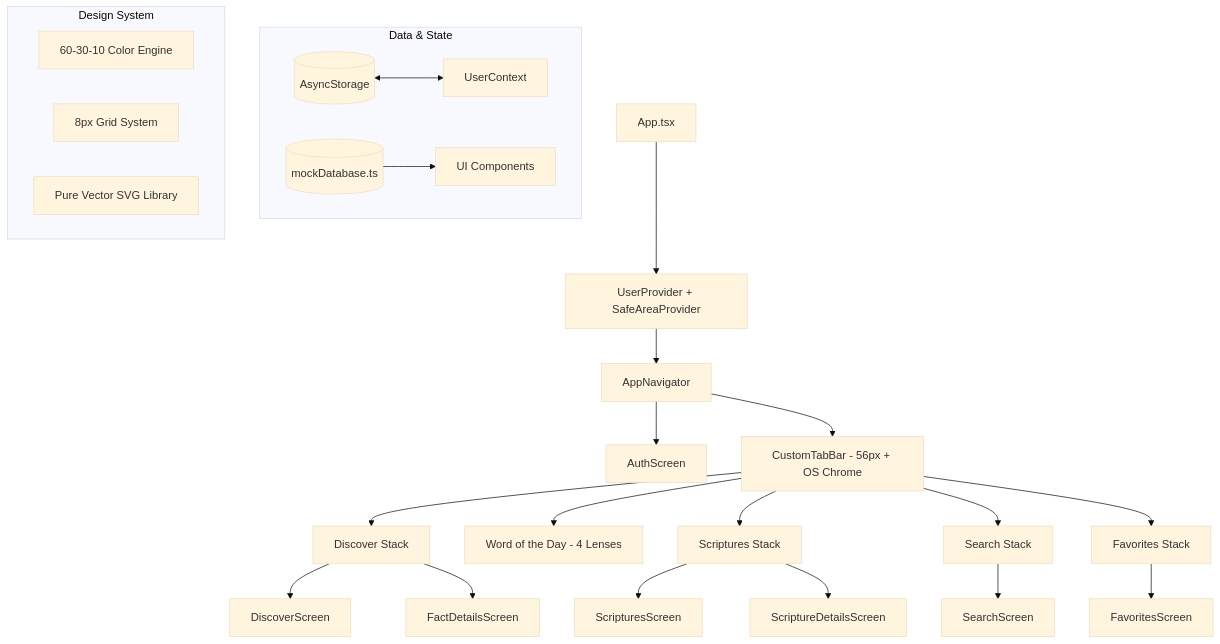
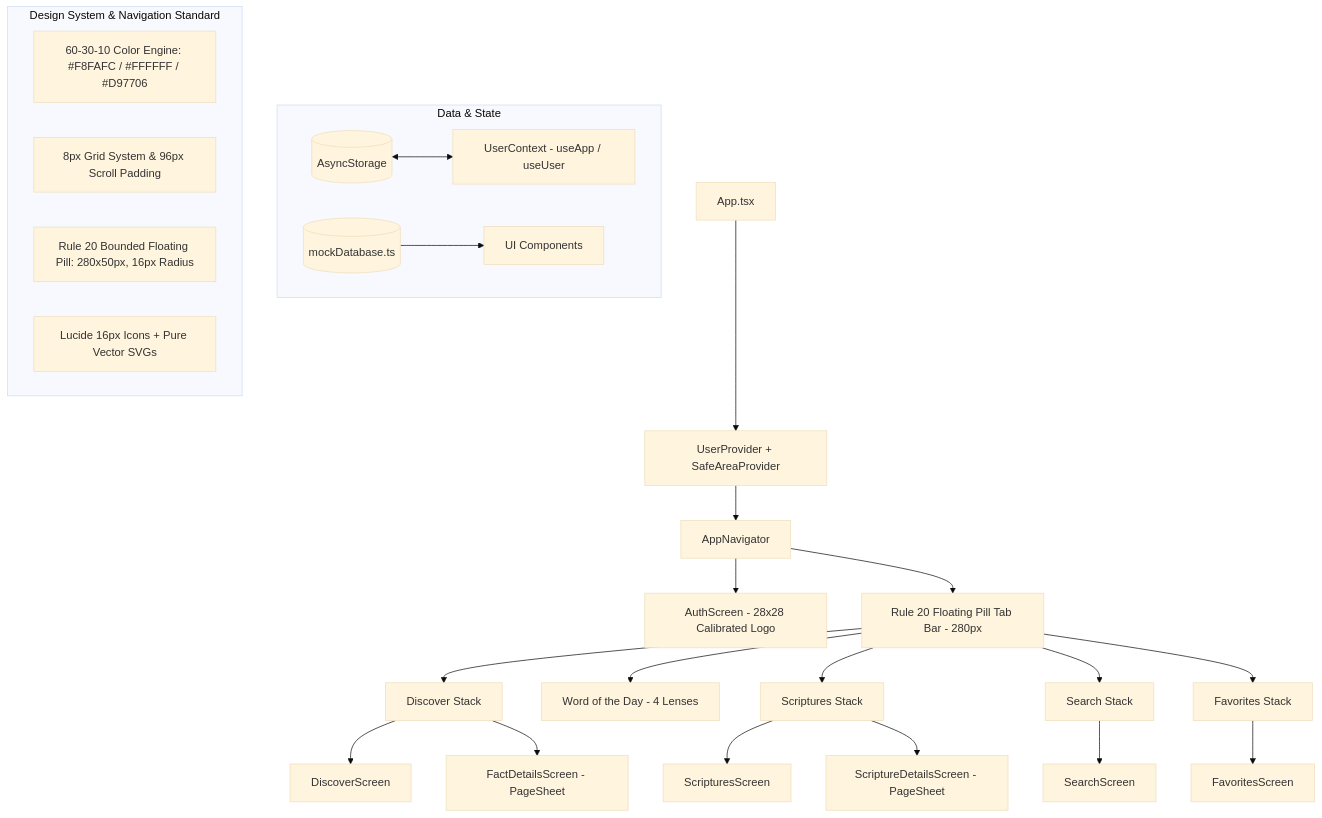
The diagram in README.md (thulanesigasa/bible_fun_facts), drawn with Mermaid (base theme) before and after one commit. The commit also changed other lines of this file and 19 other files, not shown here.

Commit message:
feat(navigation): redesign application with 60-30-10 light theme and Rule 20 floating pill tab navigation (resolves #21, #22, #23, #24) (#25)

````diff
--- a/README.md
+++ b/README.md
@@ -21,33 +22,34 @@
 ```mermaid
 graph TD
     App[App.tsx] --> Providers[UserProvider + SafeAreaProvider]
     Providers --> Nav[AppNavigator]
-    Nav --> Auth[AuthScreen]
-    Nav --> Tabs[CustomTabBar - 56px + OS Chrome]
+    Nav --> Auth[AuthScreen - 28x28 Calibrated Logo]
+    Nav --> Tabs[Rule 20 Floating Pill Tab Bar - 280px]
     
     Tabs --> DiscoverStack[Discover Stack]
     Tabs --> WOTDScreen[Word of the Day - 4 Lenses]
     Tabs --> ScripturesStack[Scriptures Stack]
     Tabs --> SearchStack[Search Stack]
     Tabs --> FavoritesStack[Favorites Stack]
     
     DiscoverStack --> DiscoverMain[DiscoverScreen]
-    DiscoverStack --> FactDetails[FactDetailsScreen]
+    DiscoverStack --> FactDetails[FactDetailsScreen - PageSheet]
     
     ScripturesStack --> ScripturesMain[ScripturesScreen]
-    ScripturesStack --> ScriptureDetails[ScriptureDetailsScreen]
+    ScripturesStack --> ScriptureDetails[ScriptureDetailsScreen - PageSheet]
     
     SearchStack --> SearchMain[SearchScreen]
     FavoritesStack --> FavoritesMain[FavoritesScreen]
     
     subgraph Data & State
-        AsyncStorage[(AsyncStorage)] <--> UserContext[UserContext]
+        AsyncStorage[(AsyncStorage)] <--> UserContext[UserContext - useApp / useUser]
         MockDB[(mockDatabase.ts)] --> Components[UI Components]
     end
     
-    subgraph Design System
-        Colors[60-30-10 Color Engine]
-        Tokens[8px Grid System]
-        SvgIcons[Pure Vector SVG Library]
+    subgraph Design System & Navigation Standard
+        Colors[60-30-10 Color Engine: #F8FAFC / #FFFFFF / #D97706]
+        Tokens[8px Grid System & 96px Scroll Padding]
+        PillBar[Rule 20 Bounded Floating Pill: 280x50px, 16px Radius]
+        Icons[Lucide 16px Icons + Pure Vector SVGs]
     end
 ```
````
